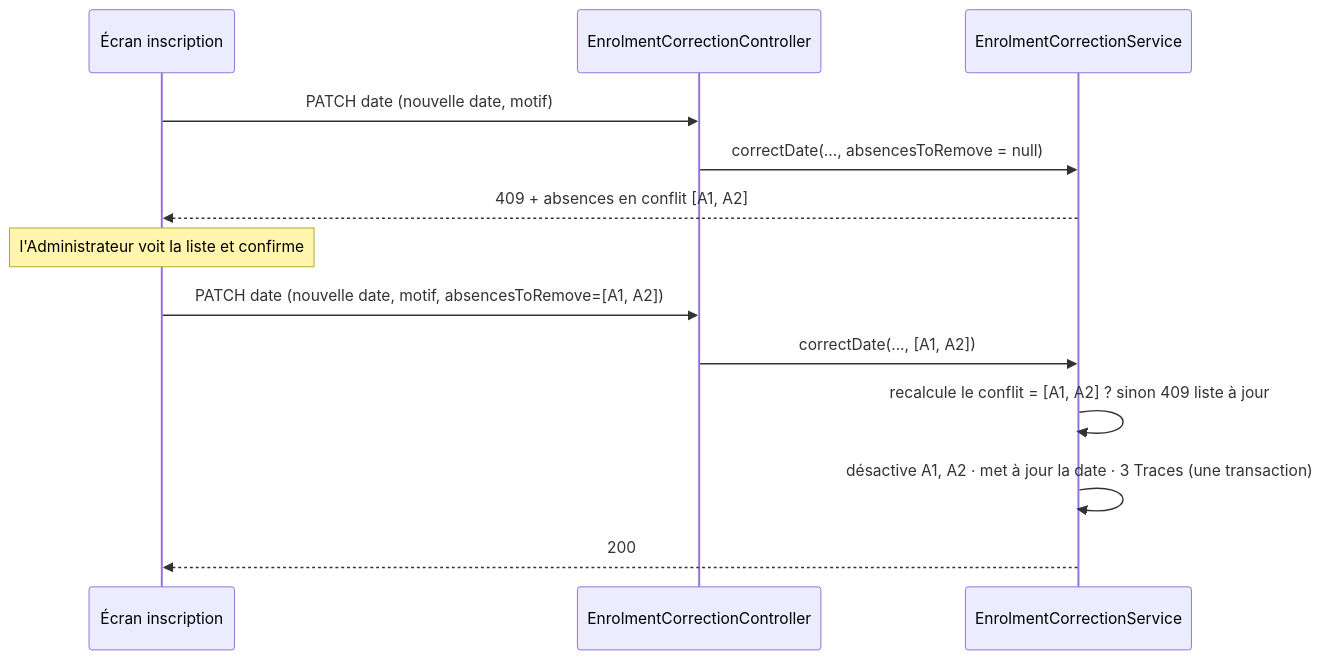
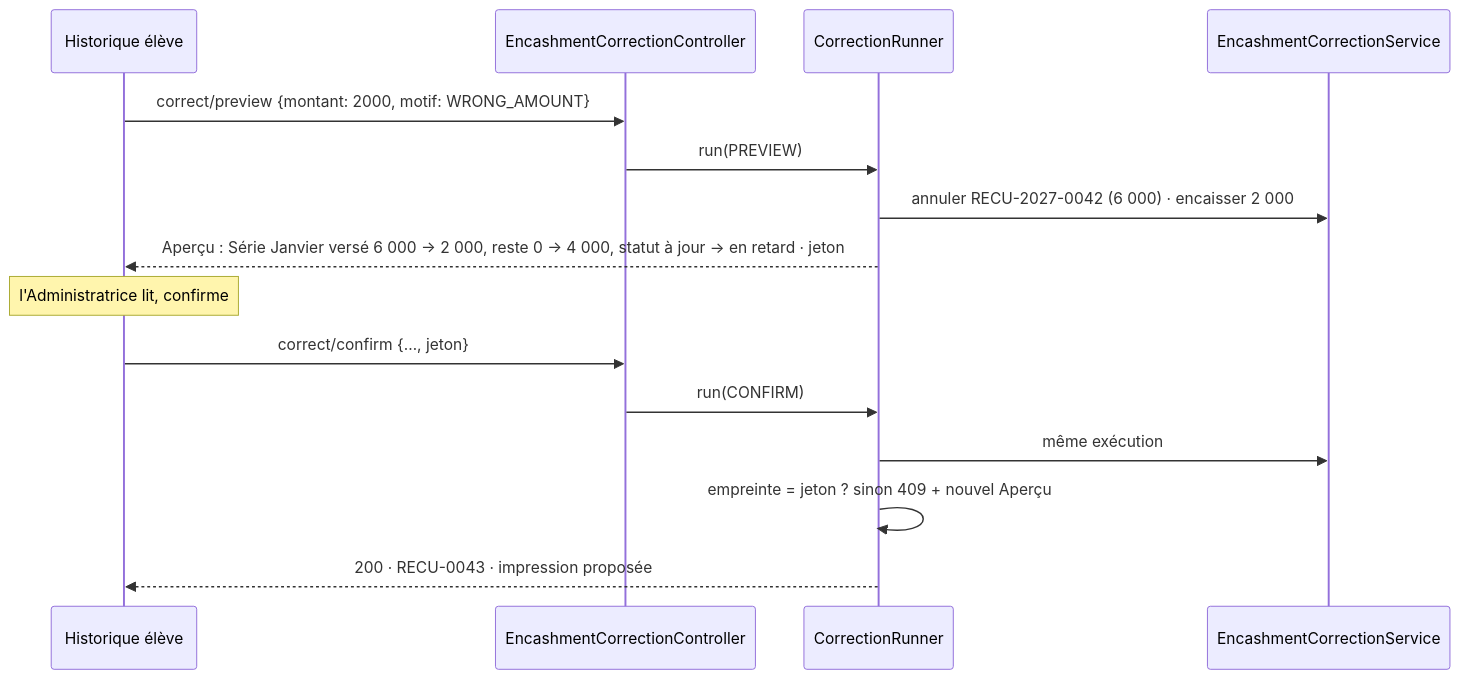
Before and after one commit to DJATOU/schoolManagement-monorepo: the diagram in .kiro/specs/admin-corrections/design.md, drawn with Mermaid. The commit also changed other lines of this file and 2 other files, not shown here.

````diff
--- a/.kiro/specs/admin-corrections/design.md
+++ b/.kiro/specs/admin-corrections/design.md
@@ -73,15 +237,17 @@
 ```mermaid
 sequenceDiagram
-    participant UI as Écran inscription
-    participant API as EnrolmentCorrectionController
-    participant S as EnrolmentCorrectionService
-    UI->>API: PATCH date (nouvelle date, motif)
-    API->>S: correctDate(..., absencesToRemove = null)
-    S-->>UI: 409 + absences en conflit [A1, A2]
-    Note over UI: l'Administrateur voit la liste et confirme
-    UI->>API: PATCH date (nouvelle date, motif, absencesToRemove=[A1, A2])
-    API->>S: correctDate(..., [A1, A2])
-    S->>S: recalcule le conflit = [A1, A2] ? sinon 409 liste à jour
-    S->>S: désactive A1, A2 · met à jour la date · 3 Traces (une transaction)
-    S-->>UI: 200
+    participant UI as Historique élève
+    participant C as EncashmentCorrectionController
+    participant R as CorrectionRunner
+    participant E as EncashmentCorrectionService
+    UI->>C: correct/preview {montant: 2000, motif: WRONG_AMOUNT}
+    C->>R: run(PREVIEW)
+    R->>E: annuler RECU-2027-0042 (6 000) · encaisser 2 000
+    R-->>UI: Aperçu : Série Janvier versé 6 000 → 2 000, reste 0 → 4 000, statut à jour → en retard · jeton
+    Note over UI: l'Administratrice lit, confirme
+    UI->>C: correct/confirm {…, jeton}
+    C->>R: run(CONFIRM)
+    R->>E: même exécution
+    R->>R: empreinte = jeton ? sinon 409 + nouvel Aperçu
+    R-->>UI: 200 · RECU-0043 · impression proposée
 ```
````
